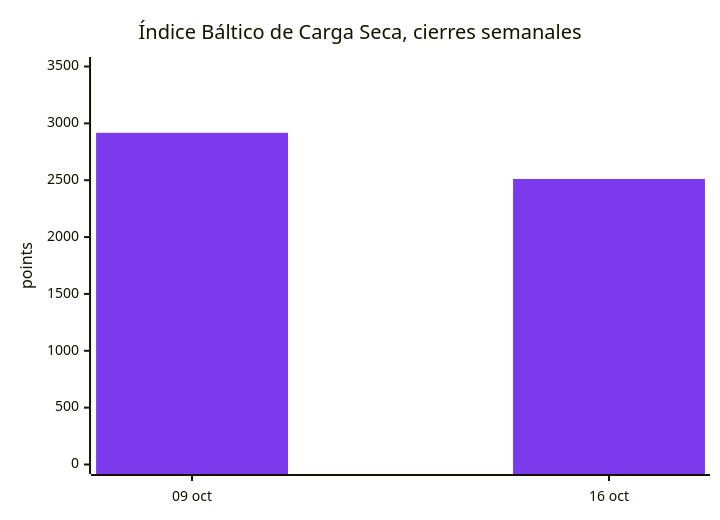
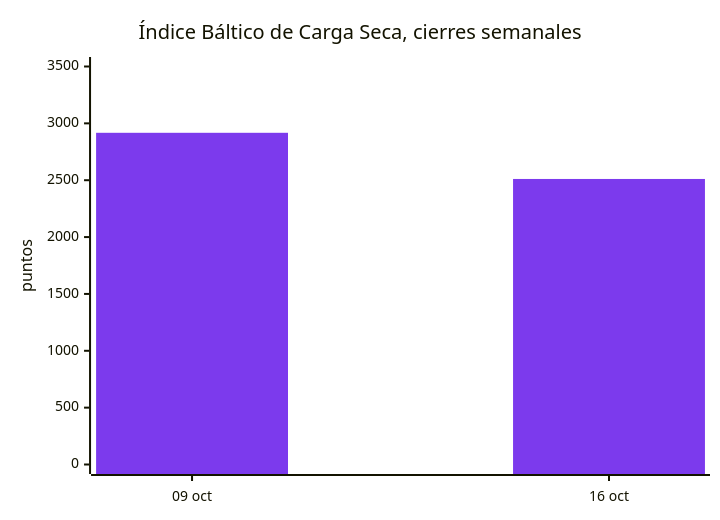
Before and after one commit to dureach/research: the sixth of 19 diagrams in Global-Trade-Intelligence-weekly-2026-10-19/index.es.md, drawn with Mermaid. The commit also changed other lines of this file and 5 other files, not shown here.

````diff
--- a/Global-Trade-Intelligence-weekly-2026-10-19/index.es.md
+++ b/Global-Trade-Intelligence-weekly-2026-10-19/index.es.md
@@ -202,8 +202,8 @@
 ```mermaid
 %%{init: {'theme': 'base', 'themeVariables': {'xyChart': {'plotColorPalette': '#7c3aed'}}}}%%
 xychart-beta
     title "Índice Báltico de Carga Seca, cierres semanales"
     x-axis ["09 oct", "16 oct"]
-    y-axis "points" 0 --> 3500
+    y-axis "puntos" 0 --> 3500
     bar [2917, 2511]
 ```
````
